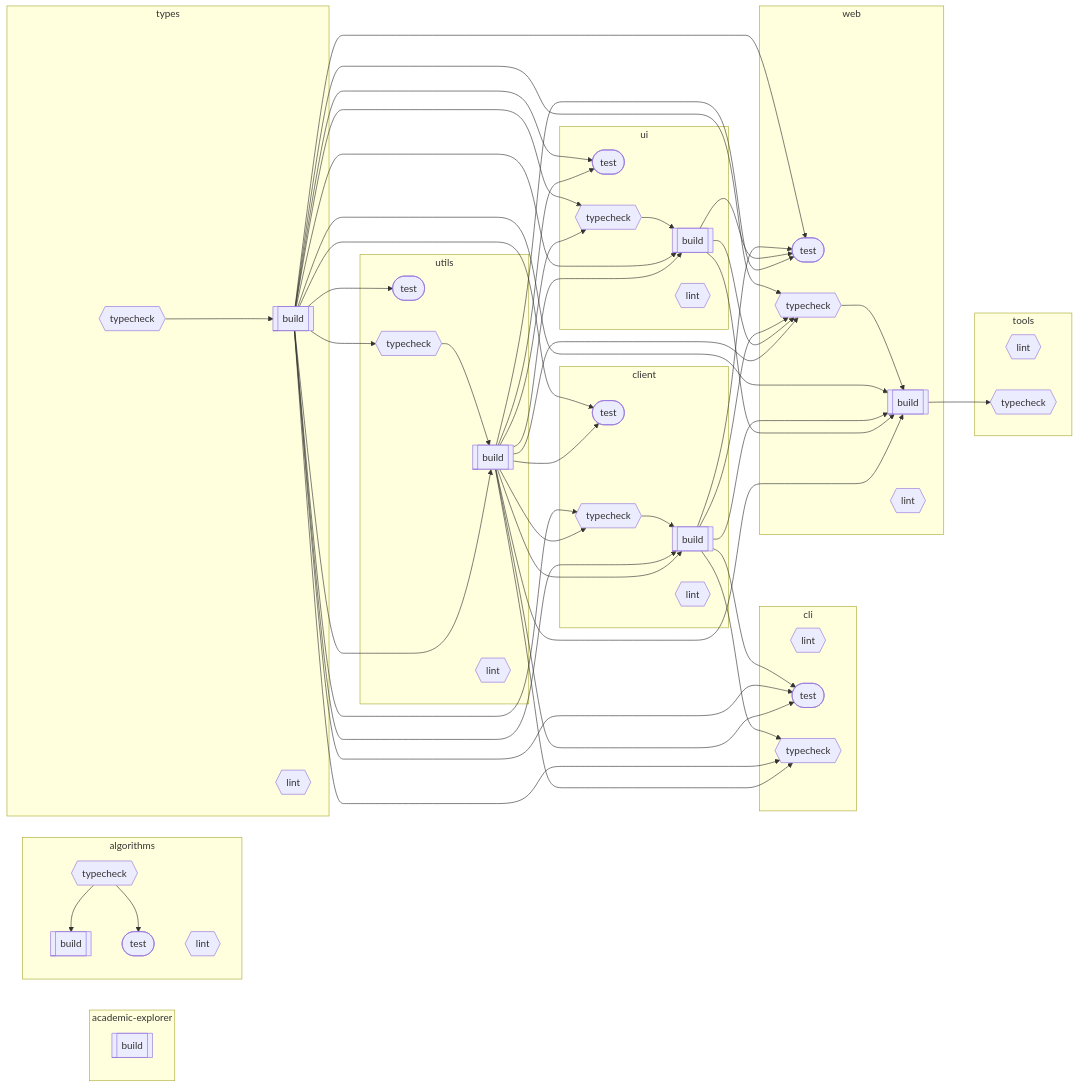
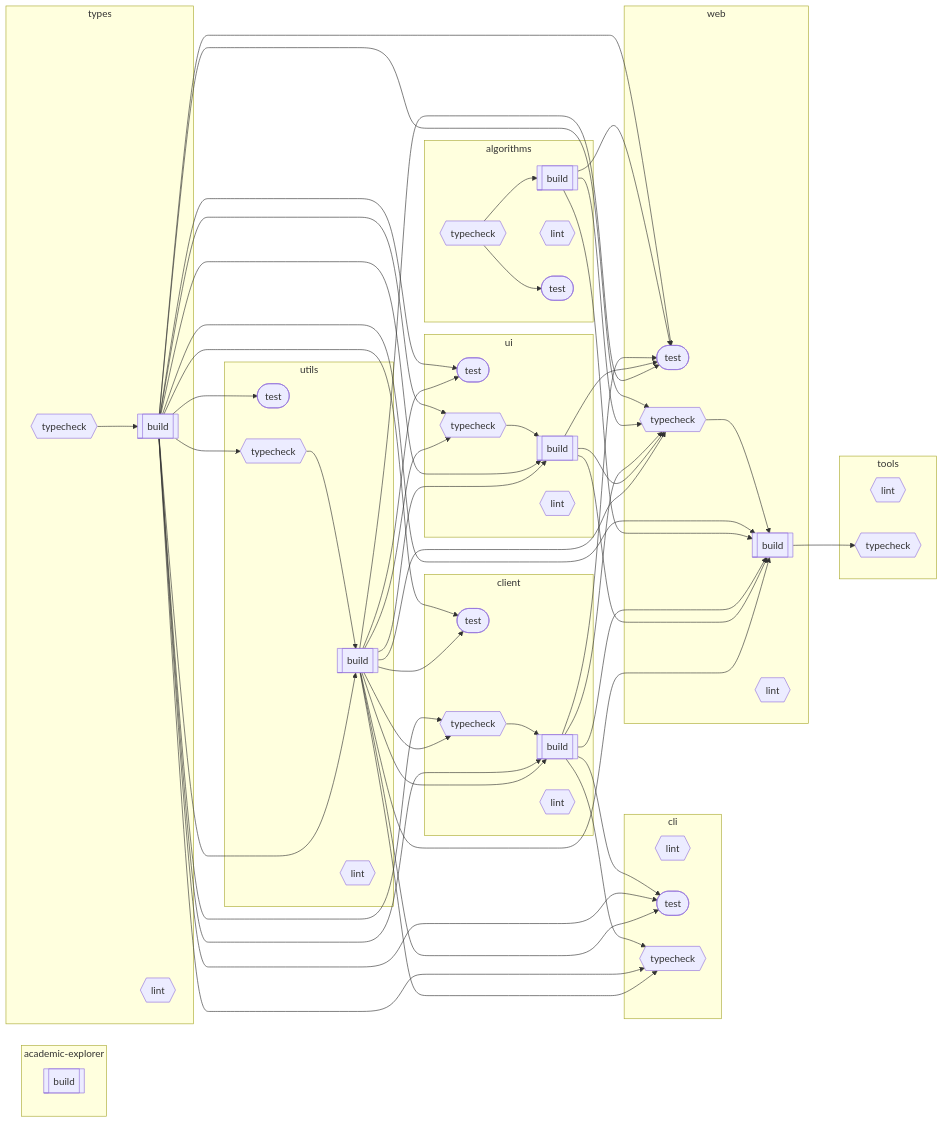
One commit to Mearman/Academic-Explorer changed the diagram in README.md. Above: the diagram before and after it, drawn with Mermaid. The commit also changed 53 other files, not shown here.

First line of the commit message:
fix(graph): resolve lint errors and exclude test files from strict typecheck

```diff
--- a/README.md
+++ b/README.md
@@ -175,14 +175,17 @@
     types_build --> utils_typecheck
     web_typecheck --> web_build
     types_build --> web_build
+    algorithms_build --> web_build
     client_build --> web_build
     ui_build --> web_build
     utils_build --> web_build
     types_build --> web_test
+    algorithms_build --> web_test
     client_build --> web_test
     ui_build --> web_test
     utils_build --> web_test
     types_build --> web_typecheck
+    algorithms_build --> web_typecheck
     client_build --> web_typecheck
     ui_build --> web_typecheck
     utils_build --> web_typecheck
```
